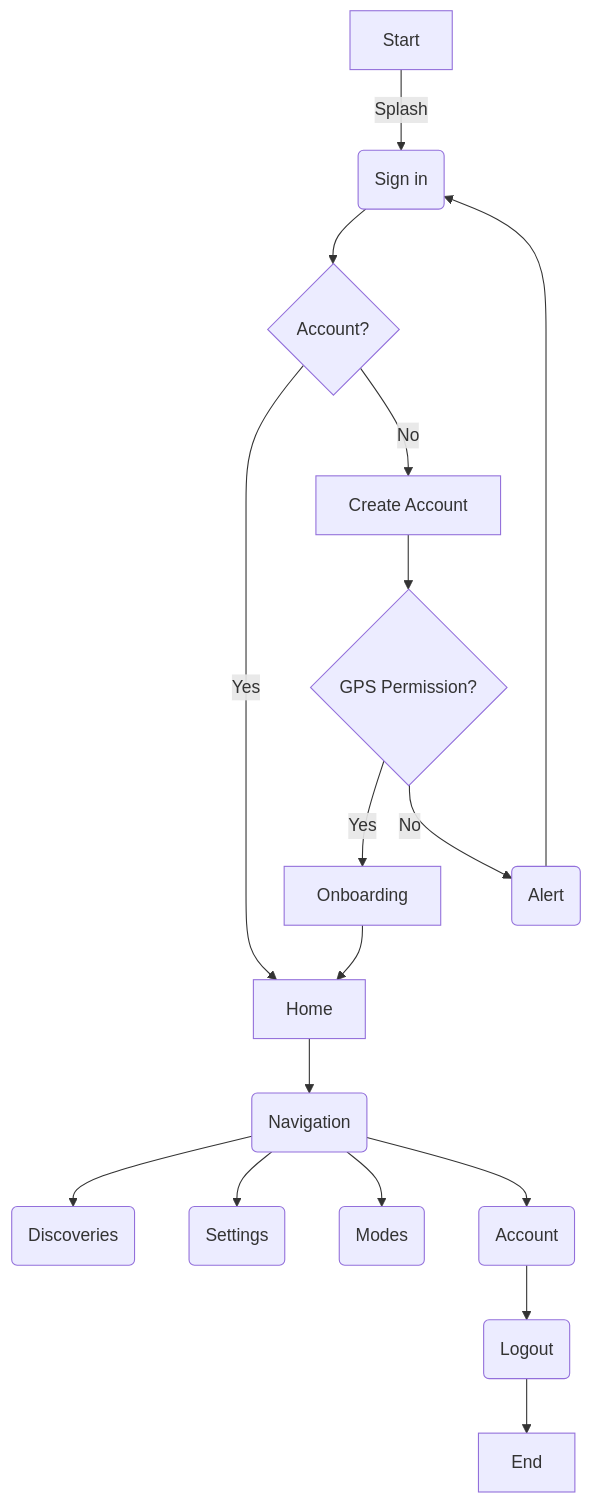
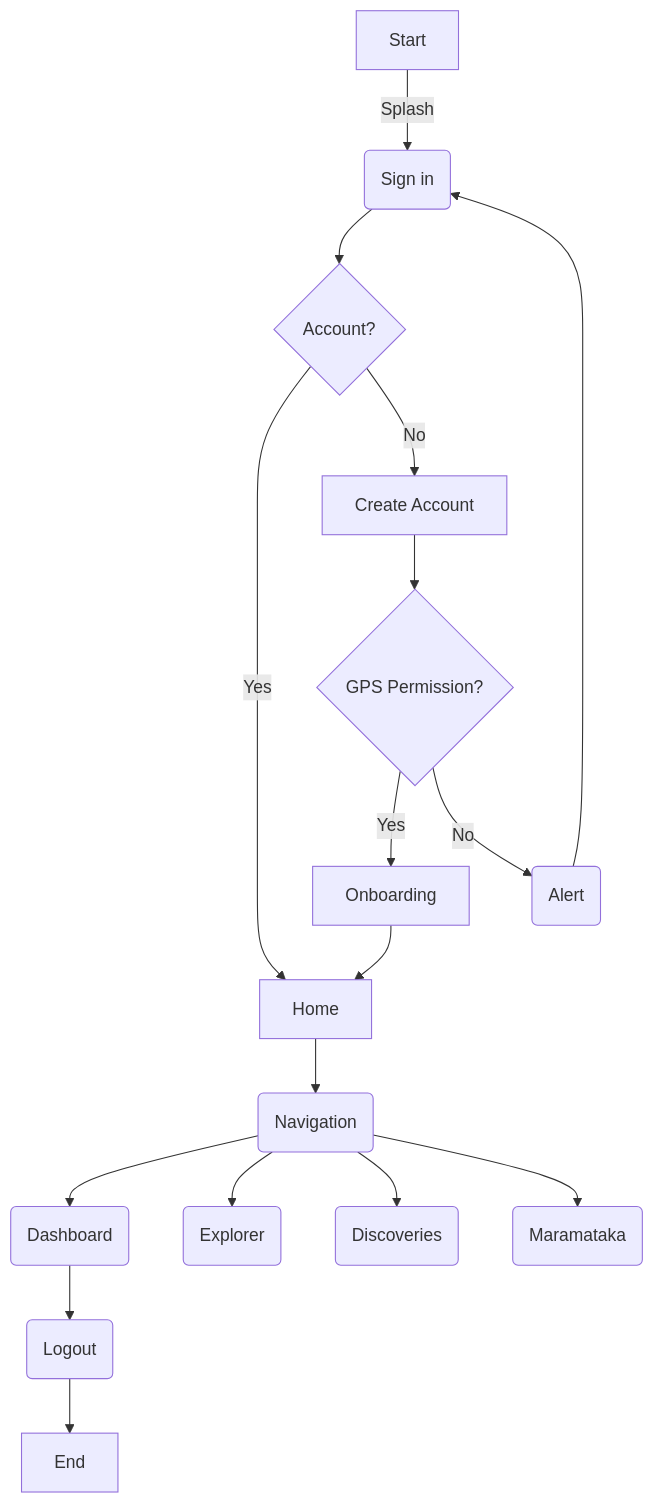
One commit to kezzaam/guidinglight changed the third of 4 diagrams in README.md. Above: the diagram before and after it, drawn with Mermaid. The commit also changed other lines of this file, not shown here.

Commit message:
Commit 21
Modified README

````diff
--- a/README.md
+++ b/README.md
@@ -110,14 +110,14 @@
 ```mermaid
 flowchart TB
     A[Start] -->|Splash| B(Sign in)
     B --> C{Account?}
     C -->|Yes| D[Home]
     C -->|No| E[Create Account]-->F{GPS Permission?}
     F --> |Yes| H[Onboarding]-->D
     F --> |No| G(Alert)-->B
     D --> I(Navigation)
-    I --> J(Discoveries)
-    I --> K(Settings)
-    I --> L(Modes)
-    I --> M(Account) -->N(Logout) -->O[End]
+    I --> J(Dashboard)-->N(Logout) -->O[End]
+    I --> K(Explorer)
+    I --> L(Discoveries)
+    I --> M(Maramataka) 
 ```
````
